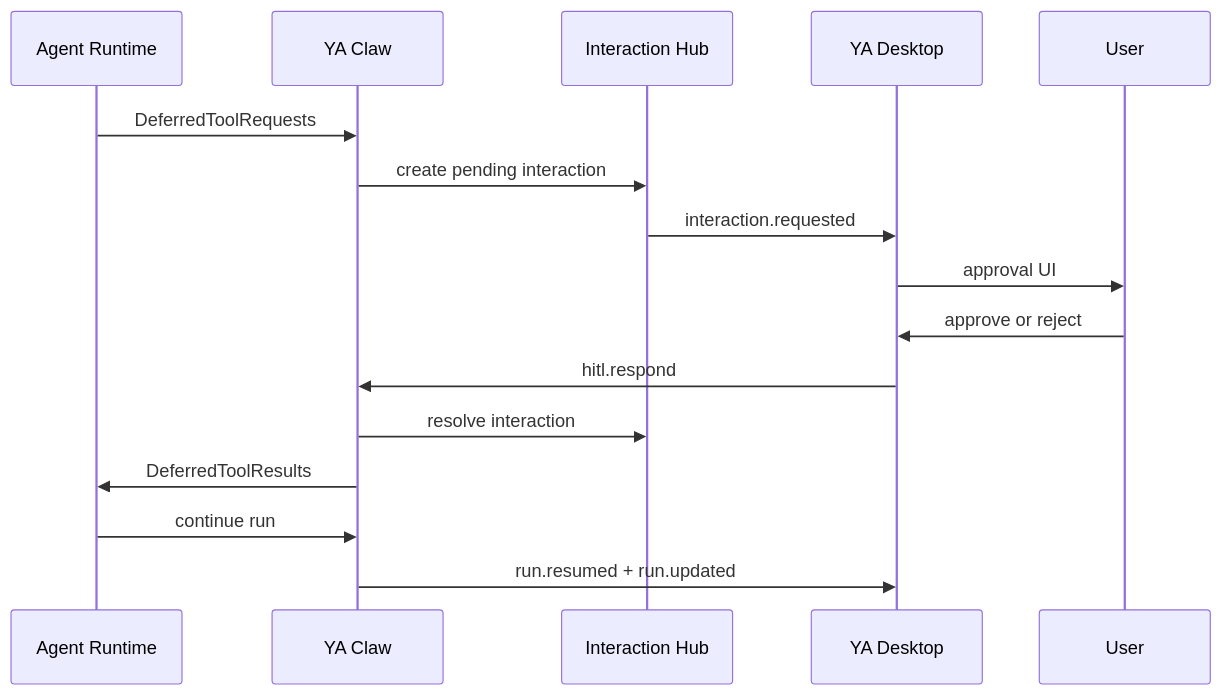
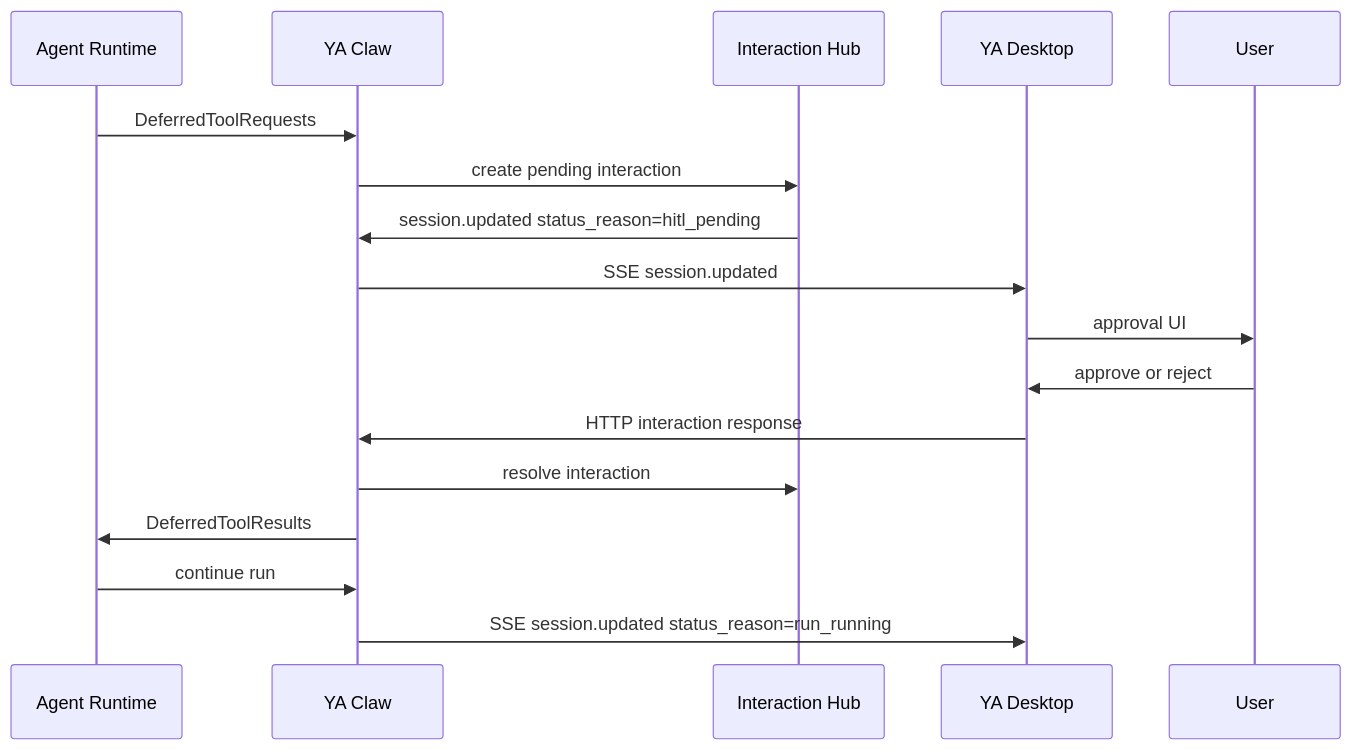
One commit to Alexsu26/ya-mono changed the second of 2 diagrams in apps/ya-desktop/spec/07-websocket-notifications-and-hitl.md. Above: the diagram before and after it, drawn with Mermaid. The commit also changed other lines of this file and 24 other files, not shown here.

First line of the commit message:
feat(ya-claw): add session status notifications (#188)

````diff
--- a/apps/ya-desktop/spec/07-websocket-notifications-and-hitl.md
+++ b/apps/ya-desktop/spec/07-websocket-notifications-and-hitl.md
@@ -275,19 +232,20 @@
 ```mermaid
 sequenceDiagram
     participant Agent as Agent Runtime
     participant Claw as YA Claw
     participant Hub as Interaction Hub
     participant Desktop as YA Desktop
     participant User as User
 
     Agent->>Claw: DeferredToolRequests
     Claw->>Hub: create pending interaction
-    Hub->>Desktop: interaction.requested
+    Hub->>Claw: session.updated status_reason=hitl_pending
+    Claw->>Desktop: SSE session.updated
     Desktop->>User: approval UI
     User->>Desktop: approve or reject
-    Desktop->>Claw: hitl.respond
+    Desktop->>Claw: HTTP interaction response
     Claw->>Hub: resolve interaction
     Claw->>Agent: DeferredToolResults
     Agent->>Claw: continue run
-    Claw->>Desktop: run.resumed + run.updated
+    Claw->>Desktop: SSE session.updated status_reason=run_running
 ```
````
